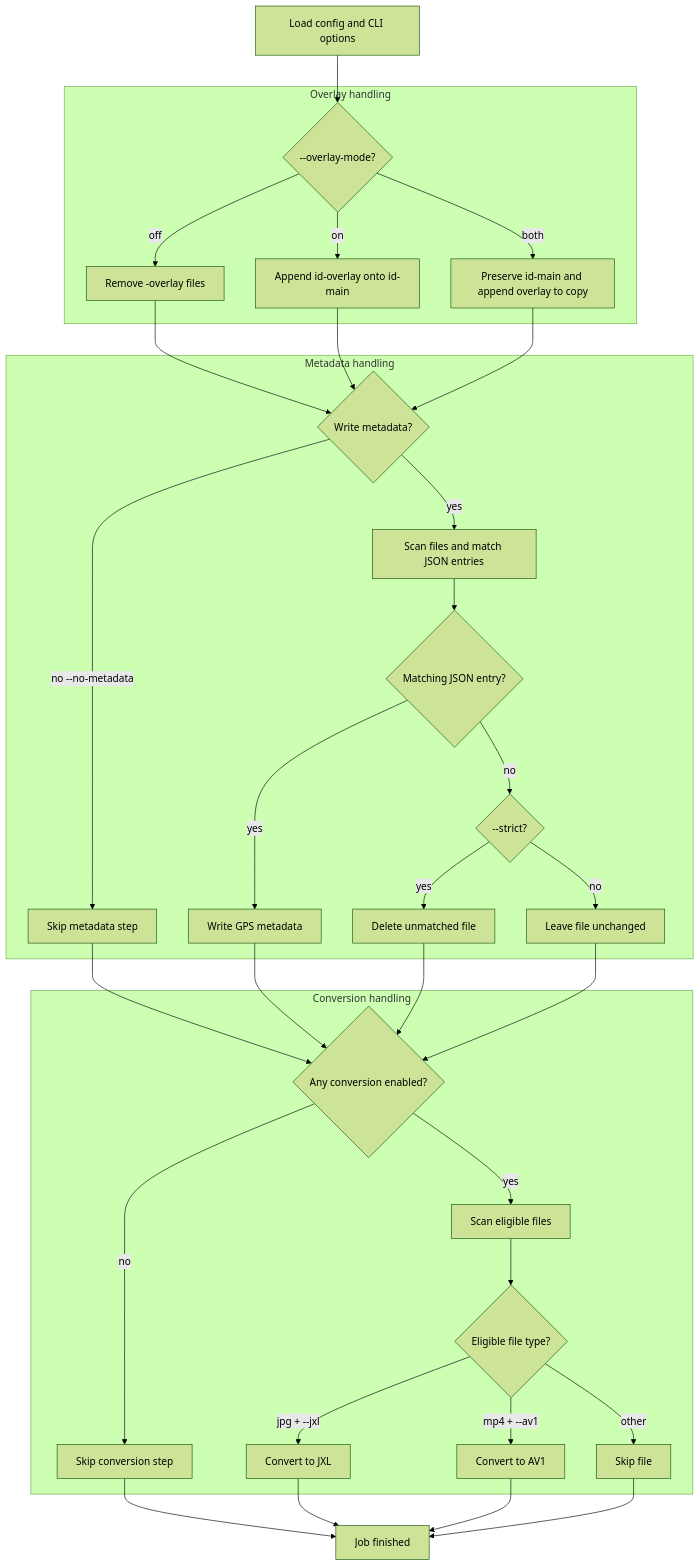
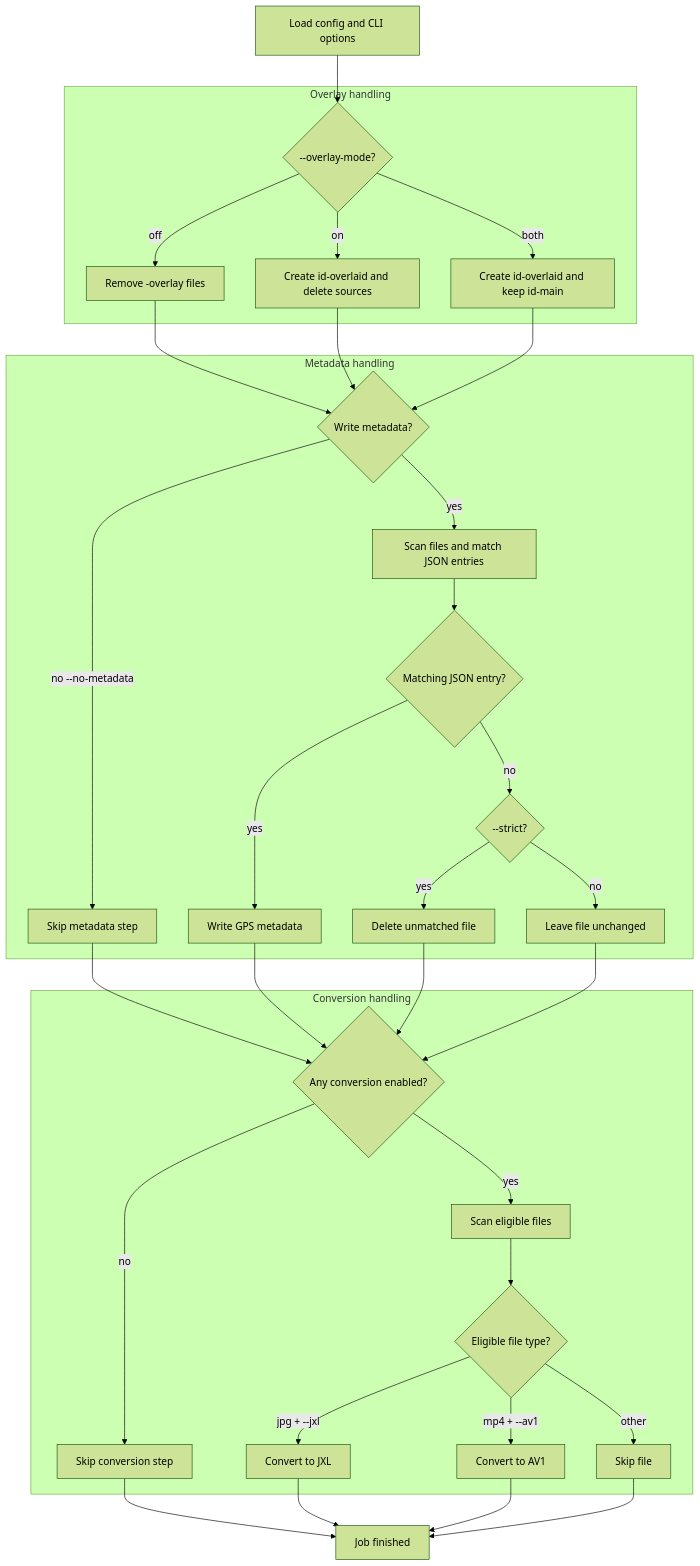
One commit to snapchat-memories-extractor/cli changed the diagram in README.md. Above: the diagram before and after it, drawn with Mermaid (forest theme). The commit also changed other lines of this file and 3 other files, not shown here.

Commit message:
refactor: update overlay handling to create new overlaid files and improve clarity in CLI arguments

````diff
--- a/README.md
+++ b/README.md
@@ -1022,53 +1022,53 @@
 ```mermaid
 flowchart TD
     Init[Load config and CLI options]
 
     subgraph Overlay[Overlay handling]
         OverMode{--overlay-mode?}
         OverMode -->|off| RemoveOF[Remove -overlay files]
-        OverMode -->|on| AppendOF[Append id-overlay onto id-main]
-        OverMode -->|both| CopyAppendOF[Preserve id-main and append overlay to copy]
+        OverMode -->|on| AppendOF[Create id-overlaid and delete sources]
+        OverMode -->|both| CopyAppendOF[Create id-overlaid and keep id-main]
     end
 
     subgraph Metadata[Metadata handling]
         MetaCheck{Write metadata?}
         MetaCheck -->|no --no-metadata| SkipMeta[Skip metadata step]
         MetaCheck -->|yes| ScanMeta[Scan files and match JSON entries]
 
         ScanMeta --> JsonMatch{Matching JSON entry?}
         JsonMatch -->|yes| WriteGPS[Write GPS metadata]
         JsonMatch -->|no| StrictCheck{--strict?}
 
         StrictCheck -->|yes| DeleteUnmatched[Delete unmatched file]
         StrictCheck -->|no| KeepUnmatched[Leave file unchanged]
     end
 
     subgraph Conversion[Conversion handling]
         ConvCheck{Any conversion enabled?}
         ConvCheck -->|no| SkipConv[Skip conversion step]
         ConvCheck -->|yes| ScanConv[Scan eligible files]
 
         ScanConv --> FileType{Eligible file type?}
         FileType -->|jpg + --jxl| ConvertJXL[Convert to JXL]
         FileType -->|mp4 + --av1| ConvertAV1[Convert to AV1]
         FileType -->|other| SkipFile[Skip file]
     end
 
     Finish[Job finished]
 
     Init --> OverMode
 
     RemoveOF --> MetaCheck
     AppendOF --> MetaCheck
     CopyAppendOF --> MetaCheck
 
     SkipMeta --> ConvCheck
     WriteGPS --> ConvCheck
     DeleteUnmatched --> ConvCheck
     KeepUnmatched --> ConvCheck
 
     SkipConv --> Finish
     ConvertJXL --> Finish
     ConvertAV1 --> Finish
     SkipFile --> Finish
 ```
````
